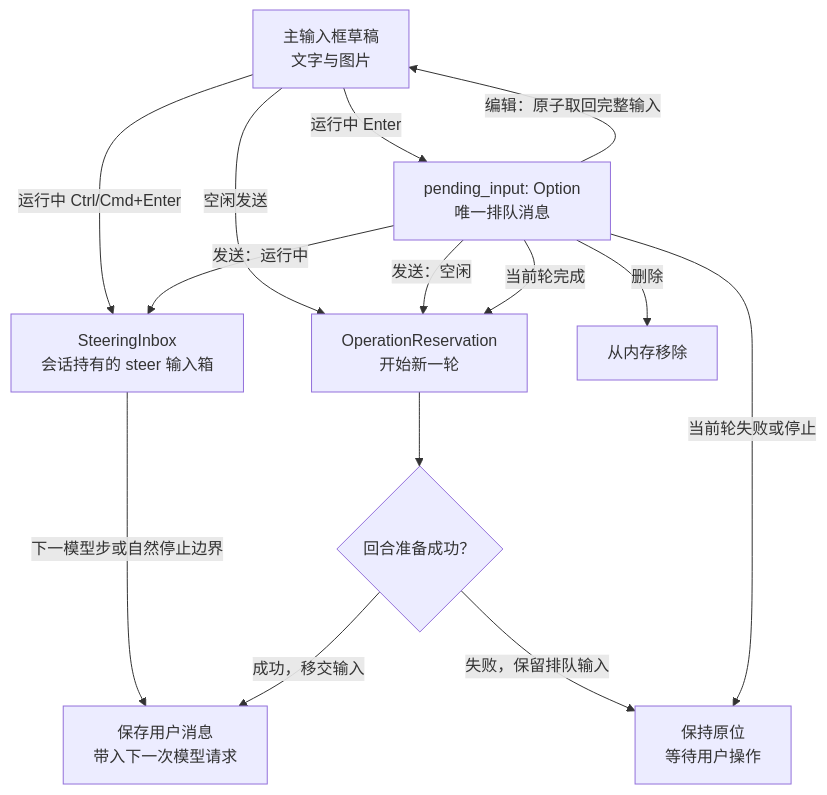
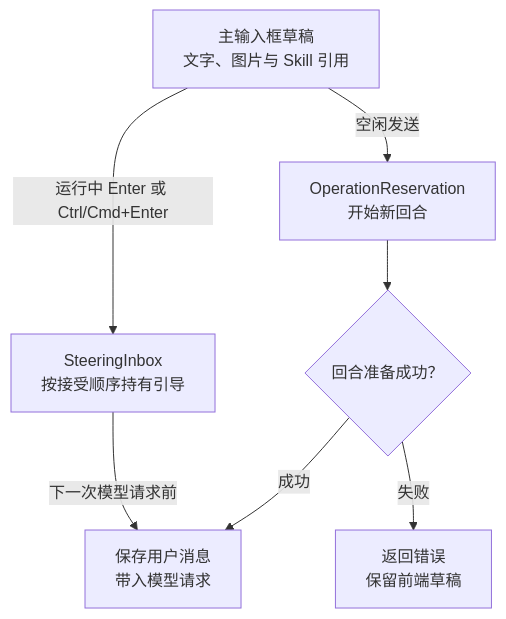
Diagram 15 of 28 in docs/architecture.md (qjcnmd/singularity-agent), drawn with Mermaid before and after one commit. The commit also changed other lines of this file and 38 other files, not shown here.

````diff
--- a/docs/architecture.md
+++ b/docs/architecture.md
@@ -451,16 +449,9 @@
 ```mermaid
 flowchart TB
-    Draft["主输入框草稿<br/>文字与图片"] -->|"空闲发送"| Start["OperationReservation<br/>开始新一轮"]
-    Draft -->|"运行中 Enter"| Queue["pending_input: Option<br/>唯一排队消息"]
-    Draft -->|"运行中 Ctrl/Cmd+Enter"| Inbox["SteeringInbox<br/>会话持有的 steer 输入箱"]
-    Queue -->|"编辑：原子取回完整输入"| Draft
-    Queue -->|"删除"| Removed["从内存移除"]
-    Queue -->|"发送：运行中"| Inbox
-    Queue -->|"发送：空闲"| Start
-    Queue -->|"当前轮完成"| Start
-    Inbox -->|"下一模型步或自然停止边界"| User["保存用户消息<br/>带入下一次模型请求"]
+    Draft["主输入框草稿<br/>文字、图片与 Skill 引用"] -->|"空闲发送"| Start["OperationReservation<br/>开始新回合"]
+    Draft -->|"运行中 Enter 或 Ctrl/Cmd+Enter"| Inbox["SteeringInbox<br/>按接受顺序持有引导"]
+    Inbox -->|"下一次模型请求前"| User["保存用户消息<br/>带入模型请求"]
     Start --> Prepare{"回合准备成功？"}
-    Prepare -->|"成功，移交输入"| User
-    Prepare -->|"失败，保留排队输入"| Wait
-    Queue -->|"当前轮失败或停止"| Wait["保持原位<br/>等待用户操作"]
+    Prepare -->|"成功"| User
+    Prepare -->|"失败"| Keep["返回错误<br/>保留前端草稿"]
 ```
````
